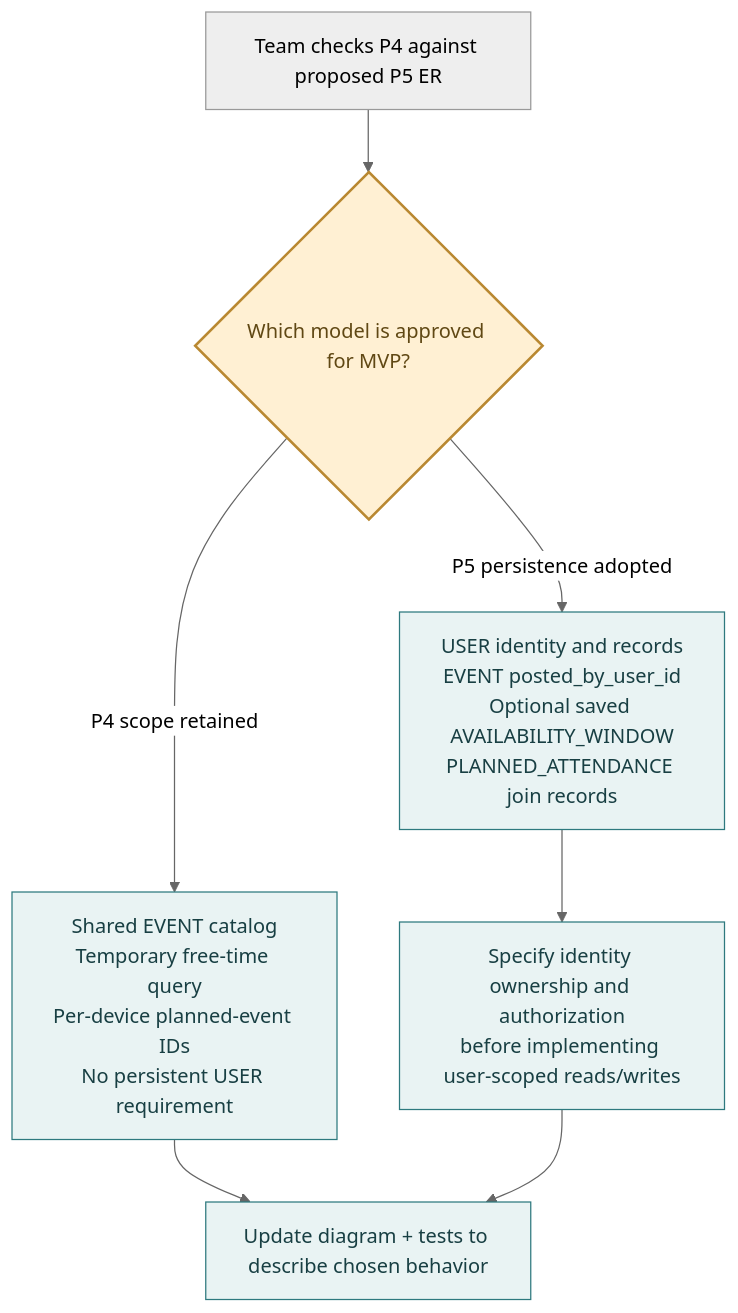
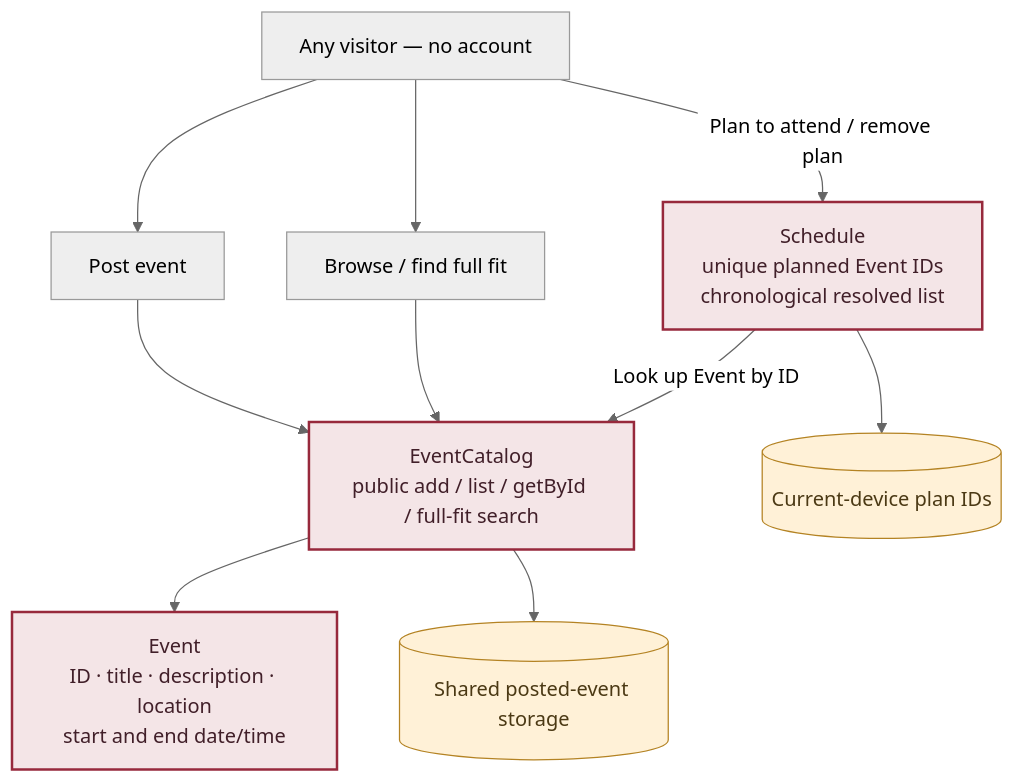
The second of 10 diagrams in docs/MVP_TEAM_PLAYBOOK.md (haiiroWednesday/SideQuest-CSCI187), drawn with Mermaid (neutral theme) before and after one commit. The commit also changed other lines of this file, not shown here.

Commit message:
docs: make P4-simple shared-catalog and device-local schedule the definitive MVP workflow

````diff
--- a/docs/MVP_TEAM_PLAYBOOK.md
+++ b/docs/MVP_TEAM_PLAYBOOK.md
@@ -103,13 +75,28 @@
 ```mermaid
 flowchart TB
-    Start["Team checks P4 against proposed P5 ER"] --> Q{"Which model is approved for MVP?"}
-    Q -->|"P4 scope retained"| P4["Shared EVENT catalog\nTemporary free-time query\nPer-device planned-event IDs\nNo persistent USER requirement"]
-    Q -->|"P5 persistence adopted"| P5["USER identity and records\nEVENT posted_by_user_id\nOptional saved AVAILABILITY_WINDOW\nPLANNED_ATTENDANCE join records"]
-    P4 --> Review["Update diagram + tests to describe chosen behavior"]
-    P5 --> Identity["Specify identity ownership and authorization\nbefore implementing user-scoped reads/writes"]
-    Identity --> Review
-    classDef choice fill:#fff0d3,stroke:#b98831,color:#604814,stroke-width:2px
-    classDef option fill:#e9f3f3,stroke:#2e797e,color:#183f43
-    class Q choice
-    class P4,P5,Identity,Review option
+    Visitor["Any visitor — no account"]
+    Poster["Post event"]
+    Browser["Browse / find full fit"]
+    Event["Event
+ID · title · description · location
+start and end date/time"]
+    Catalog["EventCatalog
+public add / list / getById / full-fit search"]
+    Shared[("Shared posted-event storage")]
+    Schedule["Schedule
+unique planned Event IDs
+chronological resolved list"]
+    Local[("Current-device plan IDs")]
+    Visitor --> Poster & Browser
+    Poster --> Catalog
+    Browser --> Catalog
+    Catalog --> Event
+    Catalog --> Shared
+    Visitor -->|"Plan to attend / remove plan"| Schedule
+    Schedule -->|"Look up Event by ID"| Catalog
+    Schedule --> Local
+    classDef model fill:#f4e5e7,stroke:#97293c,color:#411f29,stroke-width:2px
+    classDef store fill:#fff1d7,stroke:#b48323,color:#4b3914
+    class Event,Catalog,Schedule model
+    class Shared,Local store
 ```
````
